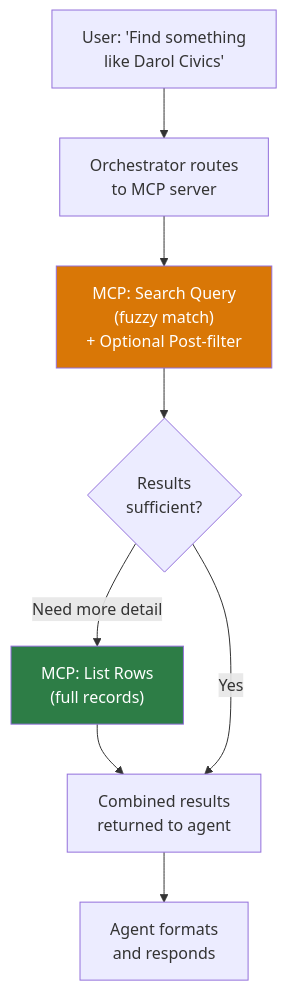
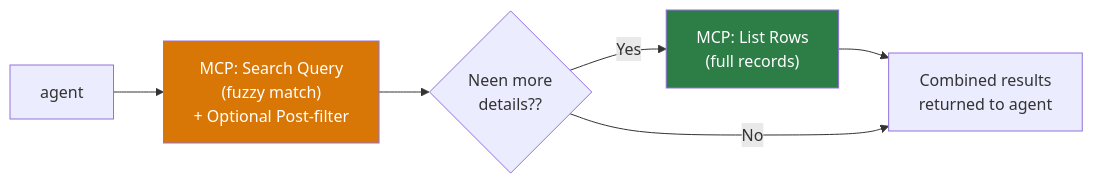
One commit to microsoft/mcscatblog changed the second of 5 diagrams in _posts/2026-04-10-dataverse-retrieval-patterns-copilot-studio.md. Above: the diagram before and after it, drawn with Mermaid. The commit also changed other lines of this file and 4 other files, not shown here.

````diff
--- a/_posts/2026-04-10-dataverse-retrieval-patterns-copilot-studio.md
+++ b/_posts/2026-04-10-dataverse-retrieval-patterns-copilot-studio.md
@@ -231,13 +227,11 @@
 ```mermaid
-flowchart TD
-    A["User: 'Find something<br>like Darol Civics'"] --> B["Orchestrator routes<br>to MCP server"]
-    B --> C["MCP: Search Query<br>(fuzzy match)<br>+ Optional Post-filter"]
-    C --> D{"Results<br>sufficient?"}
-    D -- "Need more detail" --> E["MCP: List Rows<br>(full records)"]
+flowchart LR
+    B["agent"] --> C["MCP: Search Query<br>(fuzzy match)<br>+ Optional Post-filter"]
+    C --> D{"Neen more<br> details??"}
+    D -- "Yes" --> E["MCP: List Rows<br>(full records)"]
     E --> F["Combined results<br>returned to agent"]
-    D -- "Yes" --> F
-    F --> G["Agent formats<br>and responds"]
+    D -- "No" --> F
     
     style C fill:#d97706,color:#fff
     style E fill:#2d7d46,color:#fff
 ```
````
